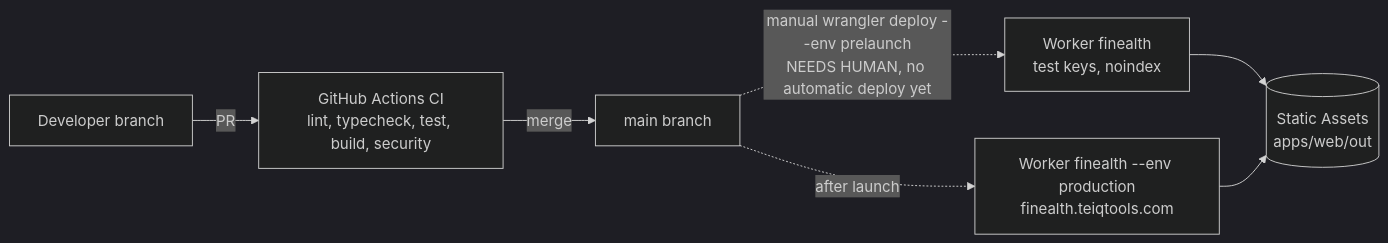
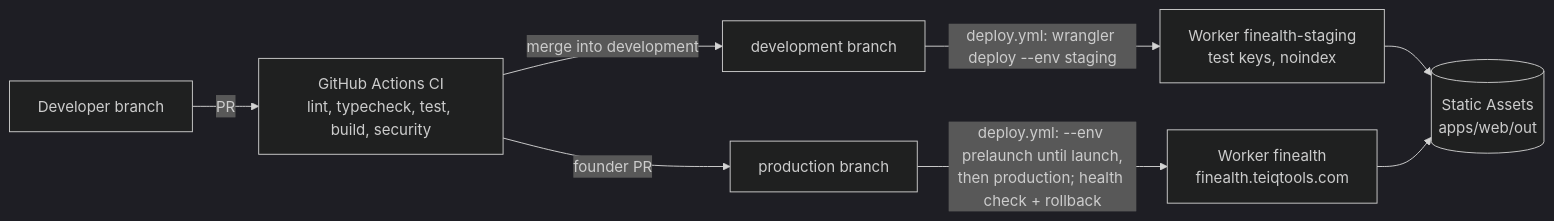
Before and after one commit to equisteg/finance-calculators: the fourth of 4 diagrams in docs/HLD.md, drawn with Mermaid (dark theme). The commit also changed other lines of this file and 9 other files, not shown here.

First line of the commit message:
ci: deploy to Cloudflare automatically on merge (development -> staging, production -> finealth)

````diff
--- a/docs/HLD.md
+++ b/docs/HLD.md
@@ -189,9 +189,10 @@
 ```mermaid
 flowchart LR
   dev[Developer branch] -->|PR| ci[GitHub Actions CI<br/>lint, typecheck, test, build, security]
-  ci -->|merge| main[main branch]
-  main -.->|manual wrangler deploy --env prelaunch<br/>NEEDS HUMAN, no automatic deploy yet| pre[Worker finealth<br/>test keys, noindex]
-  main -.->|after launch| prod[Worker finealth --env production<br/>finealth.teiqtools.com]
-  pre --> assets[(Static Assets<br/>apps/web/out)]
-  prod --> assets
+  ci -->|merge into development| devb[development branch]
+  ci -->|founder PR| prodb[production branch]
+  devb -->|deploy.yml: wrangler deploy --env staging| stg[Worker finealth-staging<br/>test keys, noindex]
+  prodb -->|deploy.yml: --env prelaunch until launch,<br/>then production; health check + rollback| pre[Worker finealth<br/>finealth.teiqtools.com]
+  stg --> assets[(Static Assets<br/>apps/web/out)]
+  pre --> assets
 ```
````
